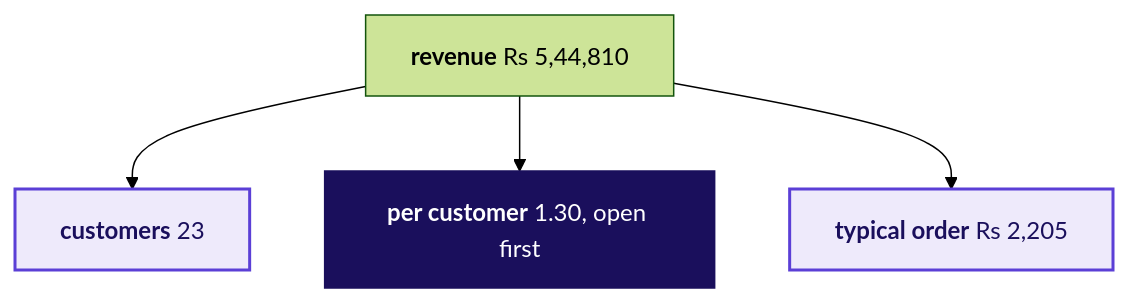
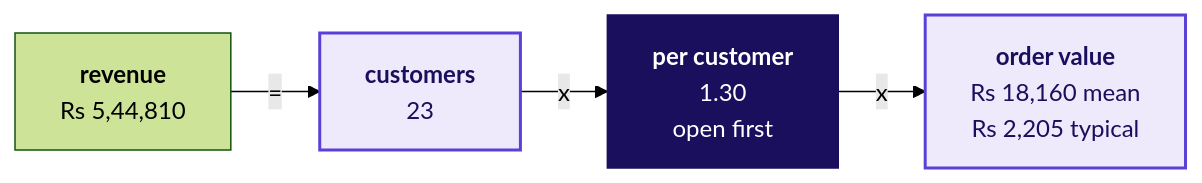
Before and after one commit to fde-academy-lab/c2-content-factory: the diagram in content/W01/D1/cheatsheets/C2_W01_D01_revenue_tree_STUDENT.md, drawn with Mermaid (forest theme). The commit also changed other lines of this file and 38 other files, not shown here.

````diff
--- a/content/W01/D1/cheatsheets/C2_W01_D01_revenue_tree_STUDENT.md
+++ b/content/W01/D1/cheatsheets/C2_W01_D01_revenue_tree_STUDENT.md
@@ -7,10 +7,10 @@
 ```mermaid
-flowchart TB
-    R["<b>revenue</b> Rs 5,44,810"] --> C["<b>customers</b> 23"]
-    R --> F["<b>per customer</b> 1.30, open first"]
-    R --> A["<b>typical order</b> Rs 2,205"]
+flowchart LR
+    R["<b>revenue</b><br/>Rs 5,44,810"] -->|"="| C["<b>customers</b><br/>23"]
+    C -->|"x"| F["<b>per customer</b><br/>1.30<br/>open first"]
+    F -->|"x"| A["<b>order value</b><br/>Rs 18,160 mean<br/>Rs 2,205 typical"]
     classDef known fill:#EEEAFB,stroke:#5B3FD6,color:#1A0F5C,stroke-width:2px
     classDef bet fill:#1A0F5C,stroke:#1A0F5C,color:#FFFFFF
     class C,A known
     class F bet
 ```
````
